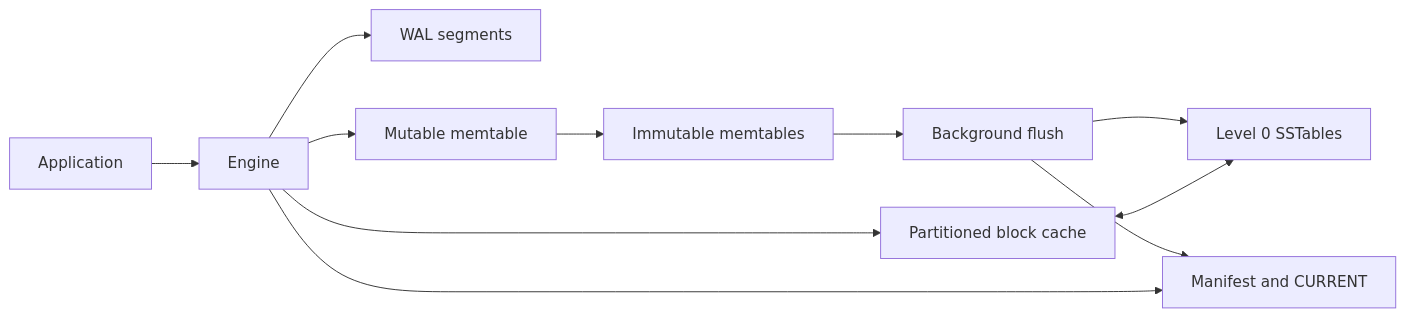
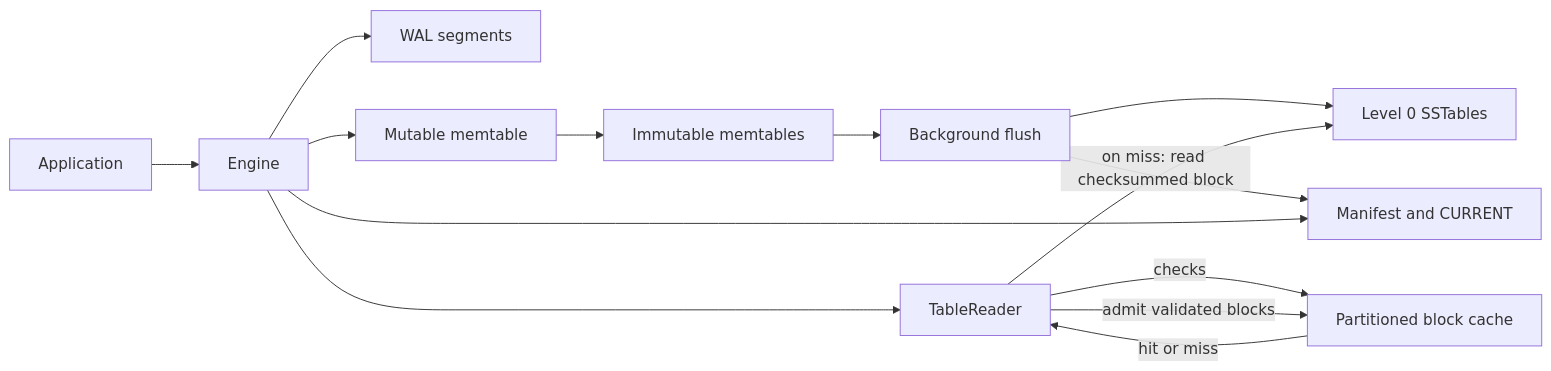
Before and after one commit to shresthhh/MeteorDB: the diagram in README.md, drawn with Mermaid.

Commit message:
docs: correct root read-path diagram

````diff
--- a/README.md
+++ b/README.md
@@ -82,13 +82,16 @@
 ```mermaid
 flowchart LR
     Client[Application] --> Engine[Engine]
     Engine --> WAL[WAL segments]
     Engine --> Mutable[Mutable memtable]
     Mutable --> Immutable[Immutable memtables]
     Immutable --> Flush[Background flush]
     Flush --> SSTables[Level 0 SSTables]
     Flush --> Manifest[Manifest and CURRENT]
-    Engine --> Cache[Partitioned block cache]
-    Cache <--> SSTables
+    Engine --> Reader[TableReader]
+    Reader -->|checks| Cache[Partitioned block cache]
+    Cache -->|hit or miss| Reader
+    Reader -->|on miss: read checksummed block| SSTables
+    Reader -->|admit validated blocks| Cache
     Engine --> Manifest
 ```
````
